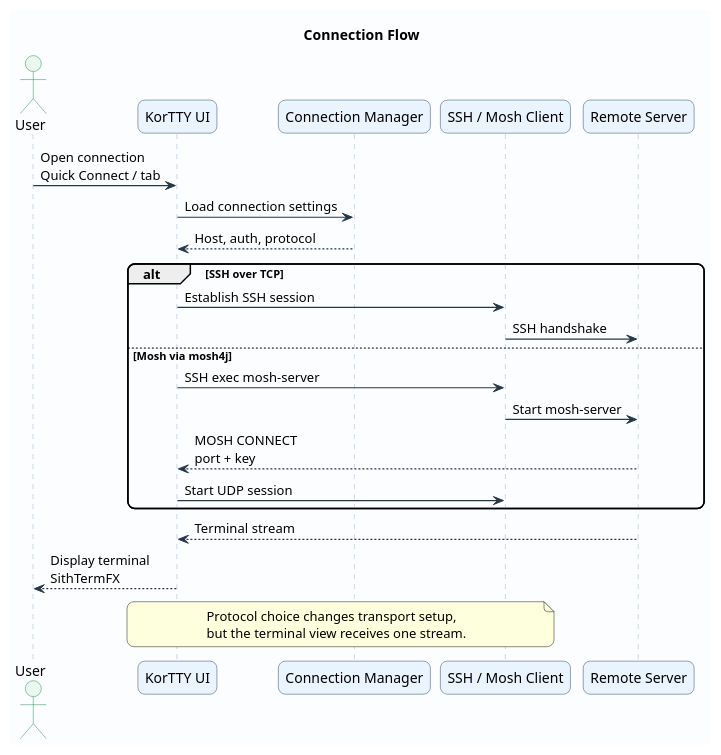
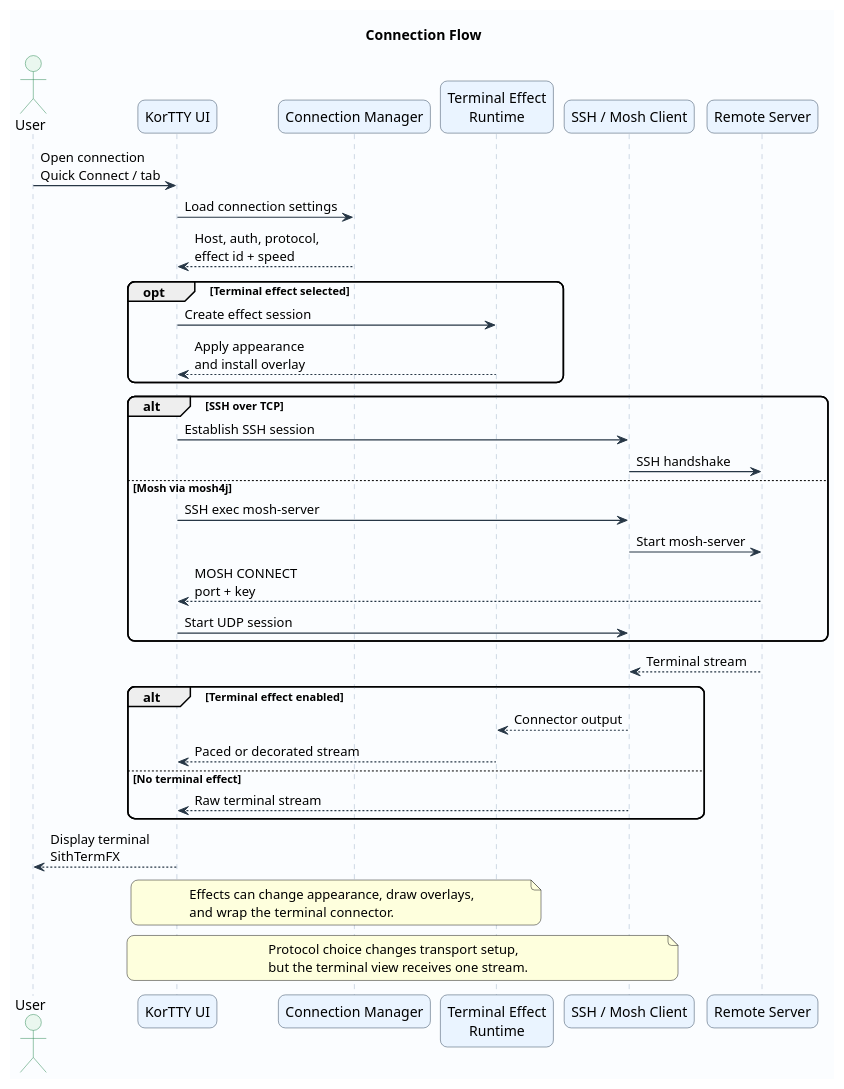
One commit to chardonnay/korTTY changed the diagram in docs/diagrams/connection-flow.puml. Above: the diagram before and after it, drawn with PlantUML. The commit also changed 62 other files, not shown here.

Commit message:
Add MOTHER terminal effect plugin

```diff
--- a/docs/diagrams/connection-flow.puml
+++ b/docs/diagrams/connection-flow.puml
@@ -1,48 +1,65 @@
 @startuml
 title Connection Flow
 
 skinparam backgroundColor #FBFDFF
 skinparam shadowing false
 skinparam roundcorner 14
 skinparam sequence {
   ArrowColor #273746
   ArrowThickness 1.2
   LifeLineBorderColor #9FB2C8
   LifeLineBackgroundColor #F7FAFE
   ParticipantBorderColor #34495E
   ParticipantBackgroundColor #EAF4FF
   ActorBorderColor #2E8B57
   ActorBackgroundColor #EAF7EF
   BoxBorderColor #9FB2C8
   BoxBackgroundColor #F7FAFE
 }
 skinparam defaultFontName "Arial"
 
 actor User
 participant "KorTTY UI" as KorTTY
 participant "Connection Manager" as ConnMgr
+participant "Terminal Effect\nRuntime" as Effect
 participant "SSH / Mosh Client" as Client
 participant "Remote Server" as Server
 
 User -> KorTTY : Open connection\nQuick Connect / tab
 KorTTY -> ConnMgr : Load connection settings
-ConnMgr --> KorTTY : Host, auth, protocol
+ConnMgr --> KorTTY : Host, auth, protocol,\neffect id + speed
+
+opt Terminal effect selected
+  KorTTY -> Effect : Create effect session
+  Effect --> KorTTY : Apply appearance\nand install overlay
+end
 
 alt SSH over TCP
   KorTTY -> Client : Establish SSH session
   Client -> Server : SSH handshake
 else Mosh via mosh4j
   KorTTY -> Client : SSH exec mosh-server
   Client -> Server : Start mosh-server
   Server --> KorTTY : MOSH CONNECT\nport + key
   KorTTY -> Client : Start UDP session
 end
 
-Server --> KorTTY : Terminal stream
+Server --> Client : Terminal stream
+alt Terminal effect enabled
+  Client --> Effect : Connector output
+  Effect --> KorTTY : Paced or decorated stream
+else No terminal effect
+  Client --> KorTTY : Raw terminal stream
+end
 KorTTY --> User : Display terminal\nSithTermFX
+
+note over KorTTY,Effect
+  Effects can change appearance, draw overlays,
+  and wrap the terminal connector.
+end note
 
 note over KorTTY,Client
   Protocol choice changes transport setup,
   but the terminal view receives one stream.
 end note
 @enduml
```
